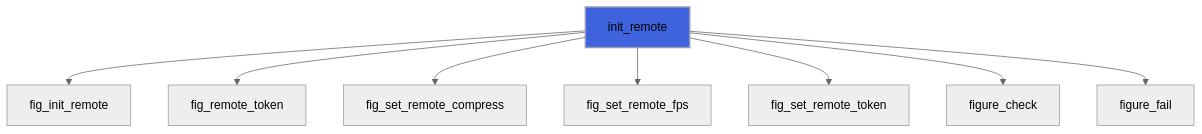
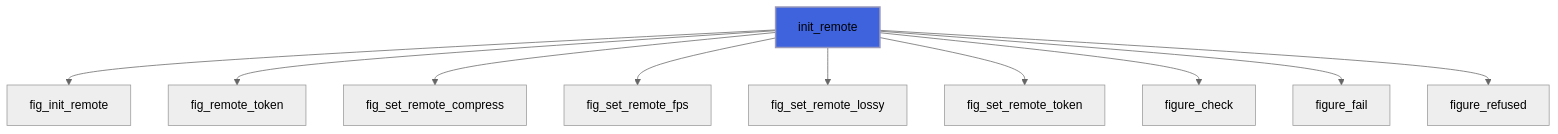
The sixth of 41 diagrams in docs/api/src/lib/figure_app.md (szaghi/figure), drawn with Mermaid (neutral theme) before and after one commit. The commit also changed other lines of this file and 10 other files, not shown here.

````diff
--- a/docs/api/src/lib/figure_app.md
+++ b/docs/api/src/lib/figure_app.md
@@ -304,11 +323,13 @@
 ```mermaid
 flowchart TD
   init_remote["init_remote"] --> fig_init_remote["fig_init_remote"]
   init_remote["init_remote"] --> fig_remote_token["fig_remote_token"]
   init_remote["init_remote"] --> fig_set_remote_compress["fig_set_remote_compress"]
   init_remote["init_remote"] --> fig_set_remote_fps["fig_set_remote_fps"]
+  init_remote["init_remote"] --> fig_set_remote_lossy["fig_set_remote_lossy"]
   init_remote["init_remote"] --> fig_set_remote_token["fig_set_remote_token"]
   init_remote["init_remote"] --> figure_check["figure_check"]
   init_remote["init_remote"] --> figure_fail["figure_fail"]
+  init_remote["init_remote"] --> figure_refused["figure_refused"]
   style init_remote fill:#3e63dd,stroke:#99b,stroke-width:2px
 ```
````
